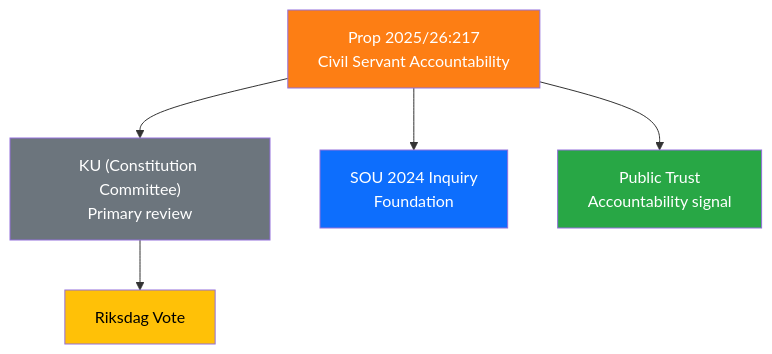
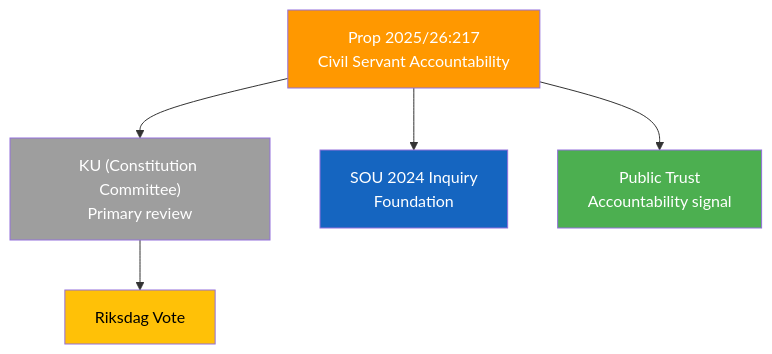
The diagram in analysis/daily/2026-04-09/evening-analysis/documents/hd03217-analysis.md (Hack23/riksdagsmonitor), drawn with Mermaid before and after one commit. The commit also changed 785 other files, not shown here.

First line of the commit message:
Normalize mermaid colors across 786 analysis artifacts to ISMS Style Guide palette

````diff
--- a/analysis/daily/2026-04-09/evening-analysis/documents/hd03217-analysis.md
+++ b/analysis/daily/2026-04-09/evening-analysis/documents/hd03217-analysis.md
@@ -20,12 +20,12 @@
 ```mermaid
 graph TD
     A["Prop 2025/26:217<br/>Civil Servant Accountability"] --> B["KU (Constitution Committee)<br/>Primary review"]
     B --> C["Riksdag Vote"]
     A --> D["SOU 2024 Inquiry<br/>Foundation"]
     A --> E["Public Trust<br/>Accountability signal"]
-    style A fill:#fd7e14,color:#fff
-    style B fill:#6c757d,color:#fff
-    style C fill:#ffc107,color:#000
-    style D fill:#0d6efd,color:#fff
-    style E fill:#28a745,color:#fff
+    style A fill:#FF9800,color:#FFFFFF
+    style B fill:#9E9E9E,color:#FFFFFF
+    style C fill:#FFC107,color:#000000
+    style D fill:#1565C0,color:#FFFFFF
+    style E fill:#4CAF50,color:#FFFFFF
 ```
````
